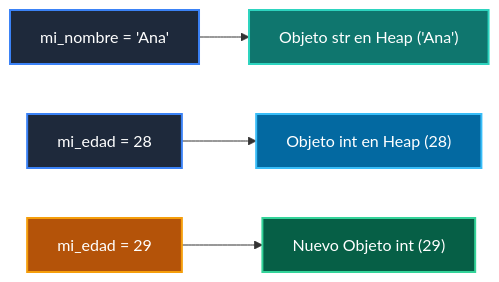
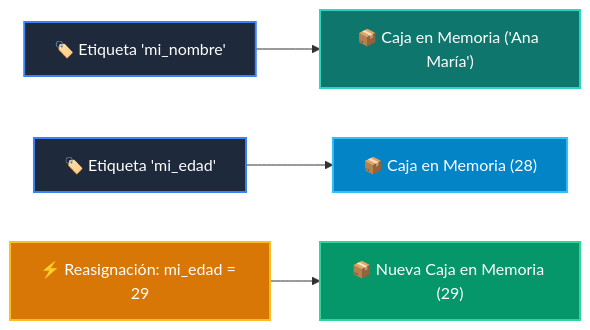
Before and after one commit to wisrovi/wisrovi-python: the diagram in 01-fundamentos-python/clase-01-panorama-general/ejemplos/ejemplo_02_variables_cajas_etiquetadas/README.md, drawn with Mermaid. The commit also changed other lines of this file and 54 other files, not shown here.

Commit message:
refactor: clean repository root by moving maintenance scripts to scripts/ and restore rich high-contrast Mermaid diagrams for all classes and examples

````diff
--- a/01-fundamentos-python/clase-01-panorama-general/ejemplos/ejemplo_02_variables_cajas_etiquetadas/README.md
+++ b/01-fundamentos-python/clase-01-panorama-general/ejemplos/ejemplo_02_variables_cajas_etiquetadas/README.md
@@ -12,13 +12,13 @@
 ```mermaid
 flowchart LR
-    NAME["mi_nombre = 'Ana'"] --> OBJ1["Objeto str en Heap ('Ana')"]
-    AGE["mi_edad = 28"] --> OBJ2["Objeto int en Heap (28)"]
-    REASIGN["mi_edad = 29"] --> OBJ3["Nuevo Objeto int (29)"]
+    TAG1["🏷️ Etiqueta 'mi_nombre'"] --> BOX1["📦 Caja en Memoria ('Ana María')"]
+    TAG2["🏷️ Etiqueta 'mi_edad'"] --> BOX2["📦 Caja en Memoria (28)"]
+    REASIGN["⚡ Reasignación: mi_edad = 29"] --> BOX3["📦 Nueva Caja en Memoria (29)"]
 
-    style NAME fill:#1e293b,color:#fff,stroke:#3b82f6,stroke-width:2px
-    style OBJ1 fill:#0f766e,color:#fff,stroke:#2dd4bf,stroke-width:2px
-    style AGE fill:#1e293b,color:#fff,stroke:#3b82f6,stroke-width:2px
-    style OBJ2 fill:#0369a1,color:#fff,stroke:#38bdf8,stroke-width:2px
-    style REASIGN fill:#b45309,color:#fff,stroke:#f59e0b,stroke-width:2px
-    style OBJ3 fill:#065f46,color:#fff,stroke:#34d399,stroke-width:2px
+    style TAG1 fill:#1e293b,color:#ffffff,stroke:#3b82f6,stroke-width:2px
+    style BOX1 fill:#0f766e,color:#ffffff,stroke:#2dd4bf,stroke-width:2px
+    style TAG2 fill:#1e293b,color:#ffffff,stroke:#3b82f6,stroke-width:2px
+    style BOX2 fill:#0284c7,color:#ffffff,stroke:#38bdf8,stroke-width:2px
+    style REASIGN fill:#d97706,color:#ffffff,stroke:#fbbf24,stroke-width:2px
+    style BOX3 fill:#059669,color:#ffffff,stroke:#34d399,stroke-width:2px
 ```
````
